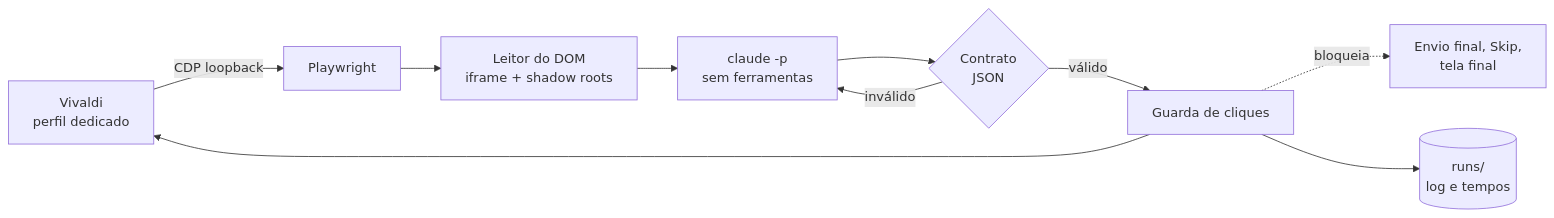
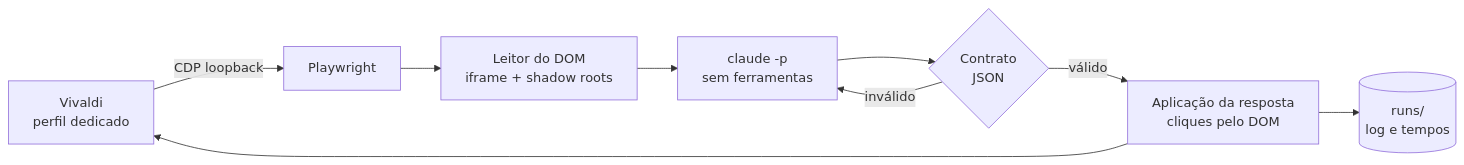
Before and after one commit to Pedrojscx/dracaena: the second of 2 diagrams in README.md, drawn with Mermaid. The commit also changed other lines of this file, not shown here.

````diff
--- a/README.md
+++ b/README.md
@@ -415,12 +415,11 @@
 ```mermaid
 flowchart LR
     A[Vivaldi<br/>perfil dedicado] -- CDP loopback --> B[Playwright]
     B --> C[Leitor do DOM<br/>iframe + shadow roots]
     C --> D[claude -p<br/>sem ferramentas]
     D --> E{Contrato<br/>JSON}
     E -- inválido --> D
-    E -- válido --> F[Guarda de cliques]
+    E -- válido --> F[Aplicação da resposta<br/>cliques pelo DOM]
     F --> A
-    F -. bloqueia .-> G[Envio final, Skip,<br/>tela final]
     F --> H[(runs/<br/>log e tempos)]
 ```
````
